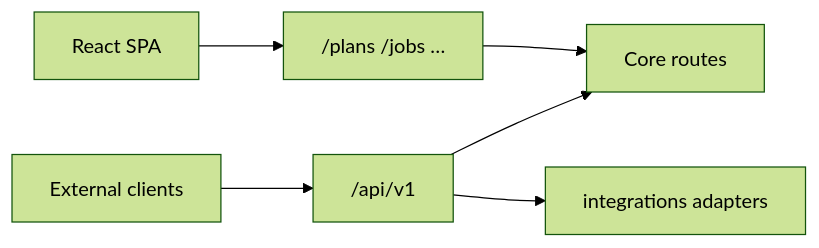
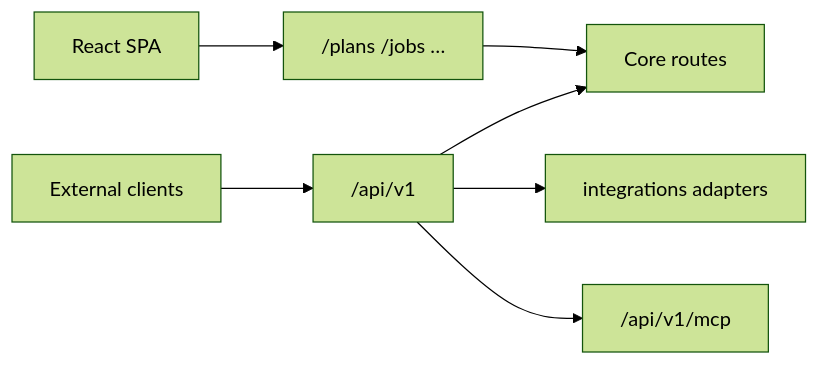
The second of 4 diagrams in docs/ARCHITECTURE.md (poitee/PrintPartnerPartner), drawn with Mermaid (forest theme) before and after one commit. The commit also changed other lines of this file and 17 other files, not shown here.

````diff
--- a/docs/ARCHITECTURE.md
+++ b/docs/ARCHITECTURE.md
@@ -70,8 +71,9 @@
 ```mermaid
 flowchart LR
   Clients[External clients] --> V1["/api/v1"]
   SPA[React SPA] --> Flat["/plans /jobs …"]
   V1 --> Core[Core routes]
   Flat --> Core
   V1 --> Integrations[integrations adapters]
+  V1 --> MCP["/api/v1/mcp"]
 ```
````
